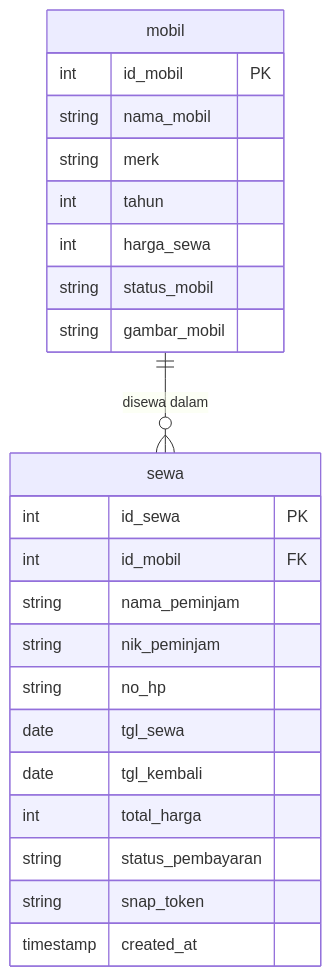
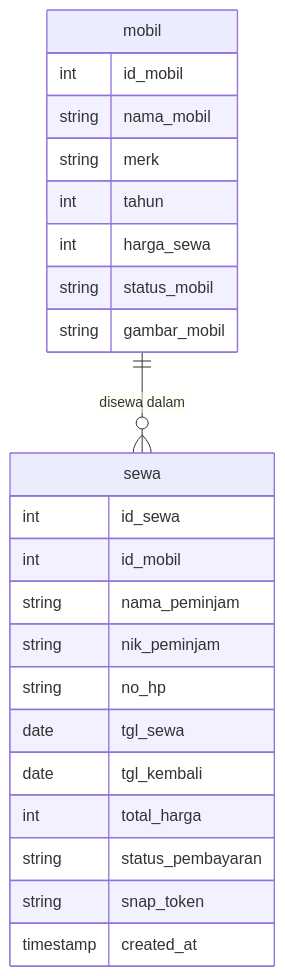
One commit to airlanggapradana/auto-rent changed the diagram in laporan_sistem.md. Above: the diagram before and after it, drawn with Mermaid. The commit also changed other lines of this file, not shown here.

Commit message:
docs: add entity relationship diagram and update mermaid schema in laporan_sistem.md

````diff
--- a/laporan_sistem.md
+++ b/laporan_sistem.md
@@ -62,26 +82,26 @@
 ```mermaid
 erDiagram
     mobil ||--o{ sewa : "disewa dalam"
     mobil {
-        int id_mobil PK
+        int id_mobil
         string nama_mobil
         string merk
         int tahun
         int harga_sewa
         string status_mobil
         string gambar_mobil
     }
     sewa {
-        int id_sewa PK
-        int id_mobil FK
+        int id_sewa
+        int id_mobil
         string nama_peminjam
         string nik_peminjam
         string no_hp
         date tgl_sewa
         date tgl_kembali
         int total_harga
         string status_pembayaran
         string snap_token
         timestamp created_at
     }
 ```
````
